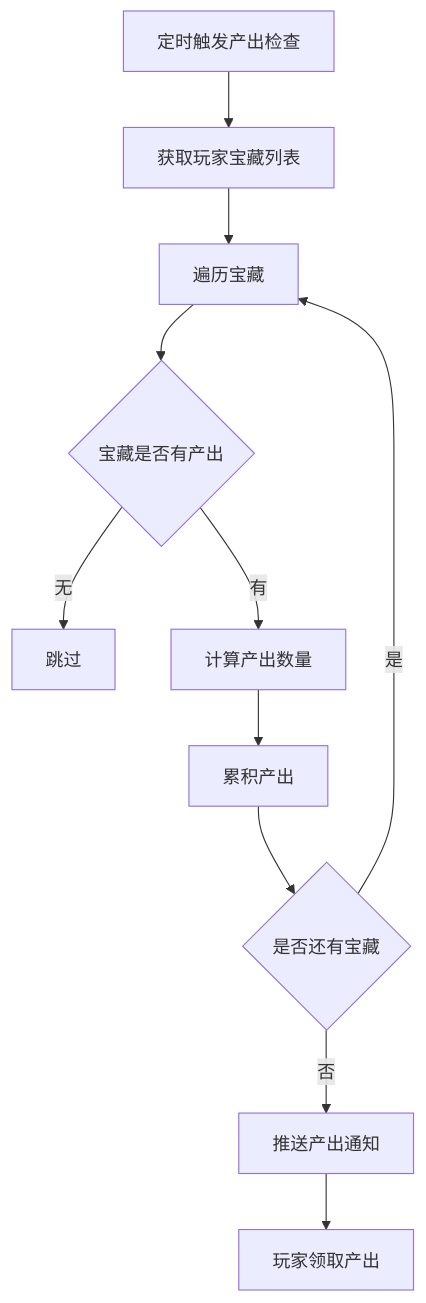
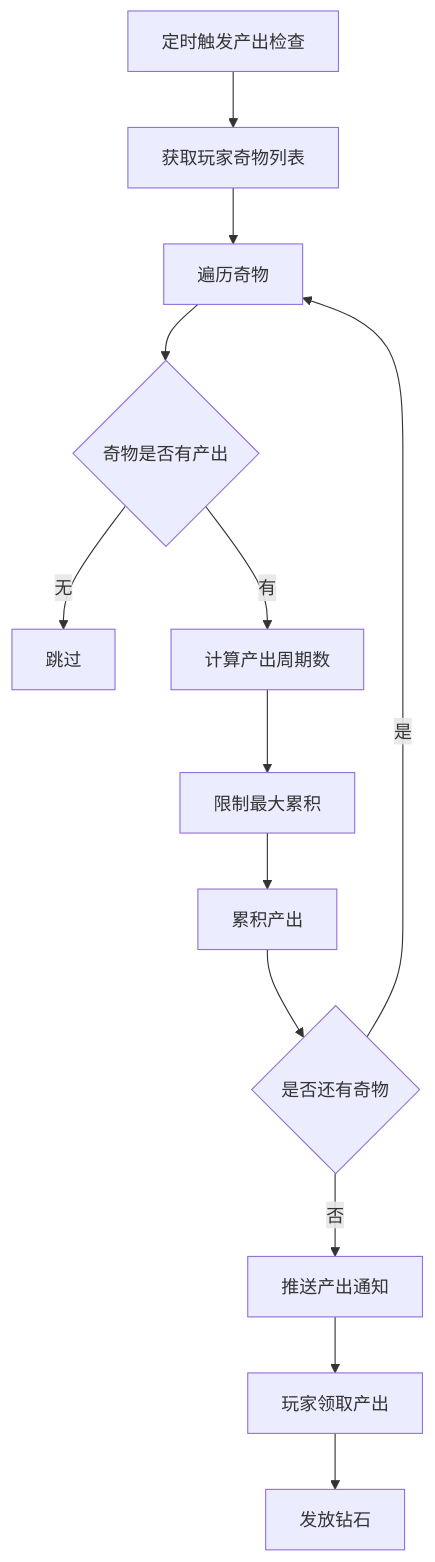
Before and after one commit to Alan-Ben/k2c_game_framework: the fifth of 6 diagrams in docs/Module_TreasureHunt/05_完整说明.md, drawn with Mermaid. The commit also changed other lines of this file and 5 other files, not shown here.

````diff
--- a/docs/Module_TreasureHunt/05_完整说明.md
+++ b/docs/Module_TreasureHunt/05_完整说明.md
@@ -152,13 +188,15 @@
 ```mermaid
 flowchart TD
-    A[定时触发产出检查] --> B[获取玩家宝藏列表]
-    B --> C[遍历宝藏]
-    C --> D{宝藏是否有产出}
+    A[定时触发产出检查] --> B[获取玩家奇物列表]
+    B --> C[遍历奇物]
+    C --> D{奇物是否有产出}
     D -->|无| E[跳过]
-    D -->|有| F[计算产出数量]
-    F --> G[累积产出]
-    G --> H{是否还有宝藏}
-    H -->|是| C
-    H -->|否| I[推送产出通知]
-    I --> J[玩家领取产出]
+    D -->|有| F[计算产出周期数]
+    F --> G[限制最大累积]
+    G --> H[累积产出]
+    H --> I{是否还有奇物}
+    I -->|是| C
+    I -->|否| J[推送产出通知]
+    J --> K[玩家领取产出]
+    K --> L[发放钻石]
 ```
````
